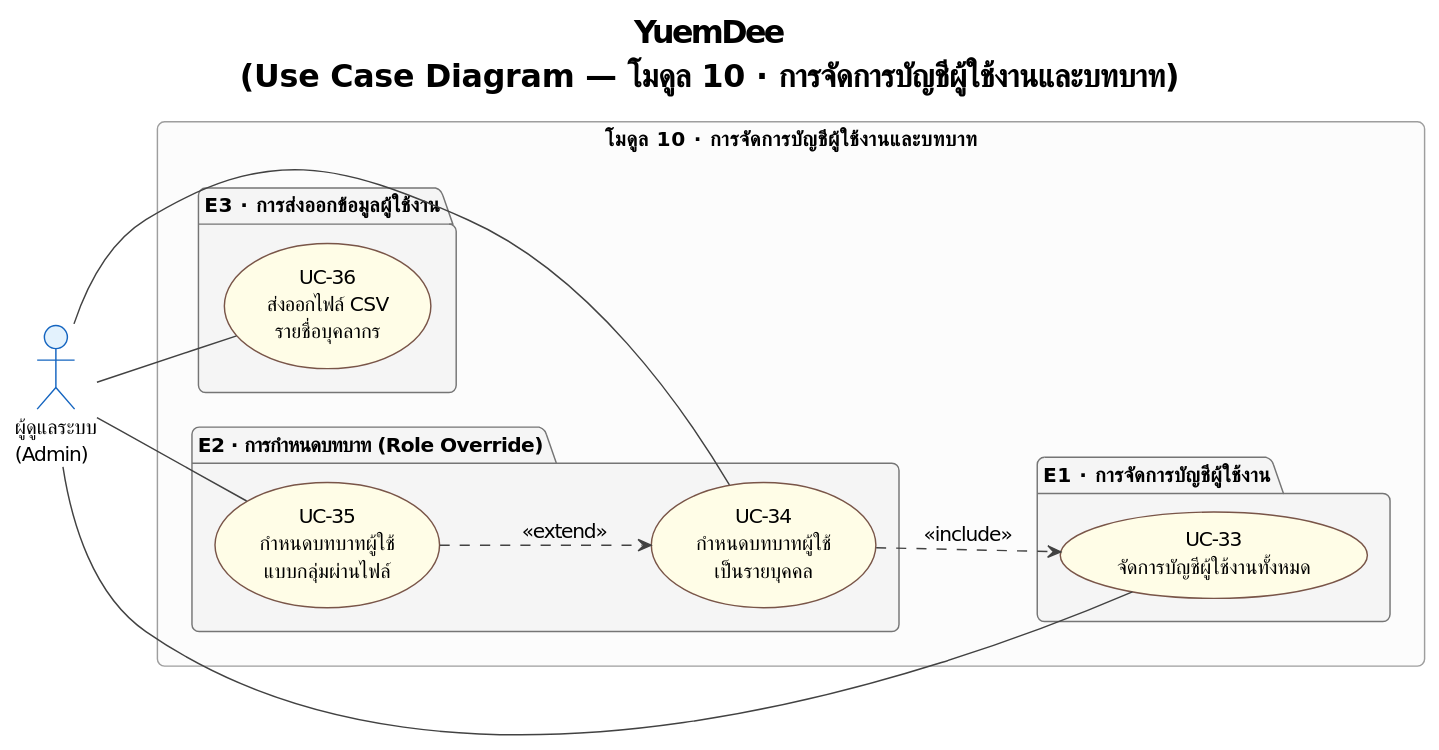
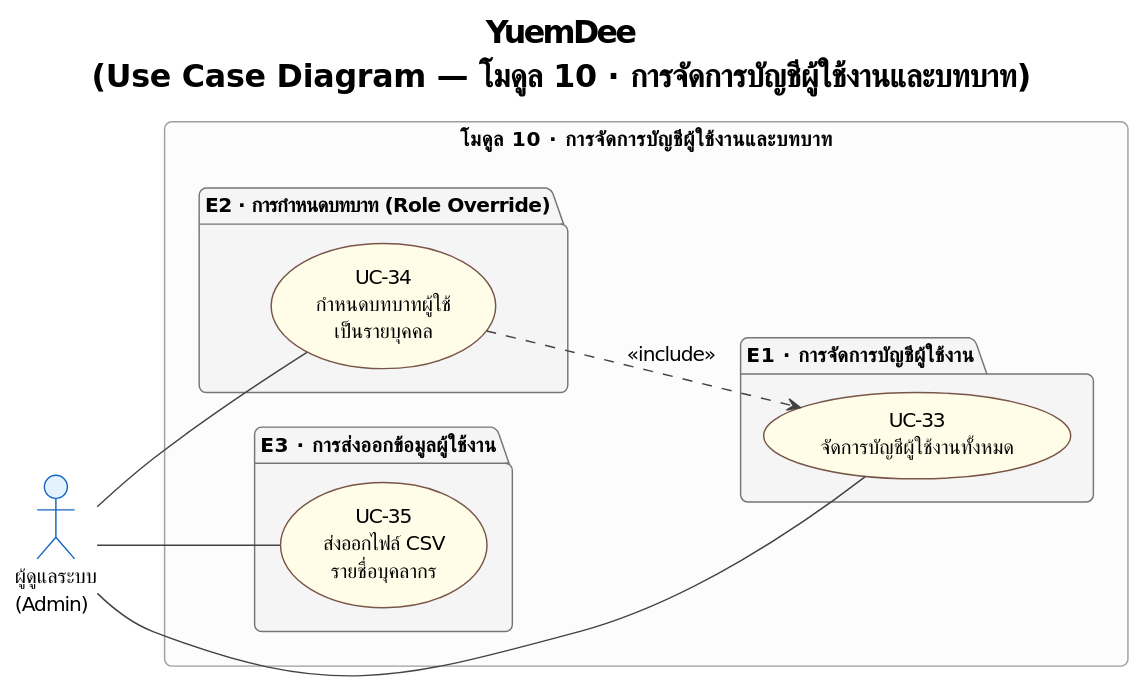
One commit to patlnwza-007/project-2569 changed the diagram in proposal/usecase/usecase_module10.puml. Above: the diagram before and after it, drawn with PlantUML. The commit also changed other lines of this file and 24 other files, not shown here.

```diff
--- a/proposal/usecase/usecase_module10.puml
+++ b/proposal/usecase/usecase_module10.puml
@@ -2,55 +2,52 @@
 @startuml usecase_module10
 !theme plain
 skinparam defaultFontName TH Sarabun New
 skinparam defaultFontSize 14
 skinparam roundcorner 10
 
 skinparam usecase {
   BackgroundColor #FFFDE7
   BorderColor #795548
 }
 skinparam actor {
   BackgroundColor #E3F2FD
   BorderColor #1565C0
 }
 skinparam package {
   BackgroundColor #F5F5F5
   BorderColor #757575
   FontStyle bold
 }
 skinparam rectangle {
   BackgroundColor #FCFCFC
   BorderColor #9E9E9E
 }
 skinparam ArrowColor #424242
 
 title <b>YuemDee</b>\n(Use Case Diagram — โมดูล 10 · การจัดการบัญชีผู้ใช้งานและบทบาท)
 
 left to right direction
 
 actor "ผู้ดูแลระบบ\n(Admin)" as Admin
 
 rectangle "โมดูล 10 · การจัดการบัญชีผู้ใช้งานและบทบาท" {
   package "E1 · การจัดการบัญชีผู้ใช้งาน" {
     usecase "UC-33\nจัดการบัญชีผู้ใช้งานทั้งหมด" as UC33
   }
 
   package "E2 · การกำหนดบทบาท (Role Override)" {
     usecase "UC-34\nกำหนดบทบาทผู้ใช้\nเป็นรายบุคคล" as UC34
-    usecase "UC-35\nกำหนดบทบาทผู้ใช้\nแบบกลุ่มผ่านไฟล์" as UC35
   }
 
   package "E3 · การส่งออกข้อมูลผู้ใช้งาน" {
-    usecase "UC-36\nส่งออกไฟล์ CSV\nรายชื่อบุคลากร" as UC36
+    usecase "UC-35\nส่งออกไฟล์ CSV\nรายชื่อบุคลากร" as UC35
   }
 }
 
 Admin -- UC33
 Admin -- UC34
 Admin -- UC35
-Admin -- UC36
 
 UC34 ..> UC33 : <<include>>
-UC35 ..> UC34 : <<extend>>
 
 @enduml
```
